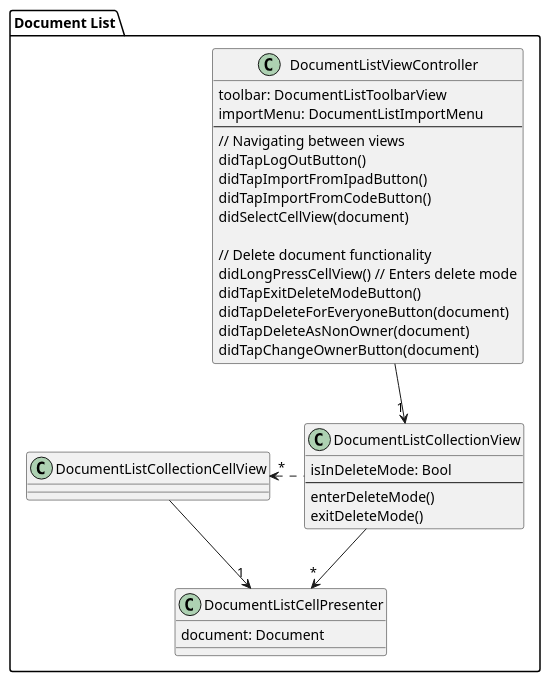
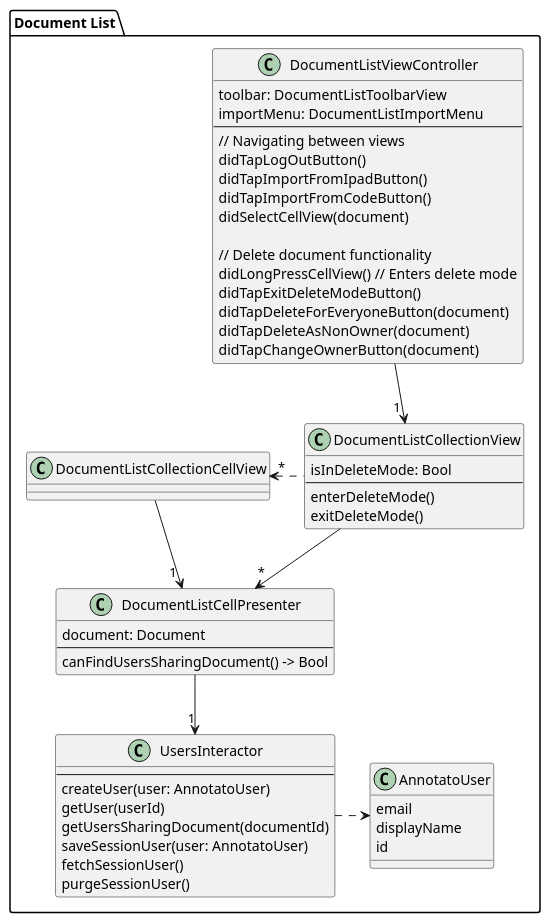
The diagram in docs/diagrams/plantuml/document-list-module-diagram.puml (Annotato/annotato), drawn with PlantUML before and after one commit. The commit also changed 3 other files, not shown here.

Commit message:
Document shares module diagram

```diff
--- a/docs/diagrams/plantuml/document-list-module-diagram.puml
+++ b/docs/diagrams/plantuml/document-list-module-diagram.puml
@@ -1,41 +1,61 @@
 @startuml
 
 package "Document List" {
     Class DocumentListViewController {
         toolbar: DocumentListToolbarView
         importMenu: DocumentListImportMenu
         --
         // Navigating between views
         didTapLogOutButton()
         didTapImportFromIpadButton()
         didTapImportFromCodeButton()
         didSelectCellView(document)
 
         // Delete document functionality
         didLongPressCellView() // Enters delete mode
         didTapExitDeleteModeButton()
         didTapDeleteForEveryoneButton(document)
         didTapDeleteAsNonOwner(document)
         didTapChangeOwnerButton(document)
     }
 
     Class DocumentListCollectionView {
         isInDeleteMode: Bool
         --
         enterDeleteMode()
         exitDeleteMode()
     }
 
     Class DocumentListCollectionCellView { }
 
     Class DocumentListCellPresenter {
         document: Document
+        --
+        canFindUsersSharingDocument() -> Bool
+    }
+
+    Class UsersInteractor {
+        --
+        createUser(user: AnnotatoUser)
+        getUser(userId)
+        getUsersSharingDocument(documentId)
+        saveSessionUser(user: AnnotatoUser)
+        fetchSessionUser()
+        purgeSessionUser()
+    }
+
+    Class AnnotatoUser {
+        email
+        displayName
+        id
     }
 }
 
-DocumentListViewController --down> "1" DocumentListCollectionView
+DocumentListViewController --down> "1 " DocumentListCollectionView
 DocumentListCollectionView --down> "*" DocumentListCellPresenter
 DocumentListCollectionView ..left> "*" DocumentListCollectionCellView
-DocumentListCollectionCellView --down> "1" DocumentListCellPresenter
+DocumentListCollectionCellView --down> "1 " DocumentListCellPresenter
+DocumentListCellPresenter --down> "1" UsersInteractor
+UsersInteractor ..right> AnnotatoUser
 
 @enduml
```
